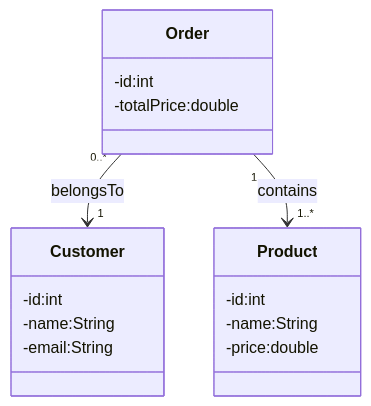
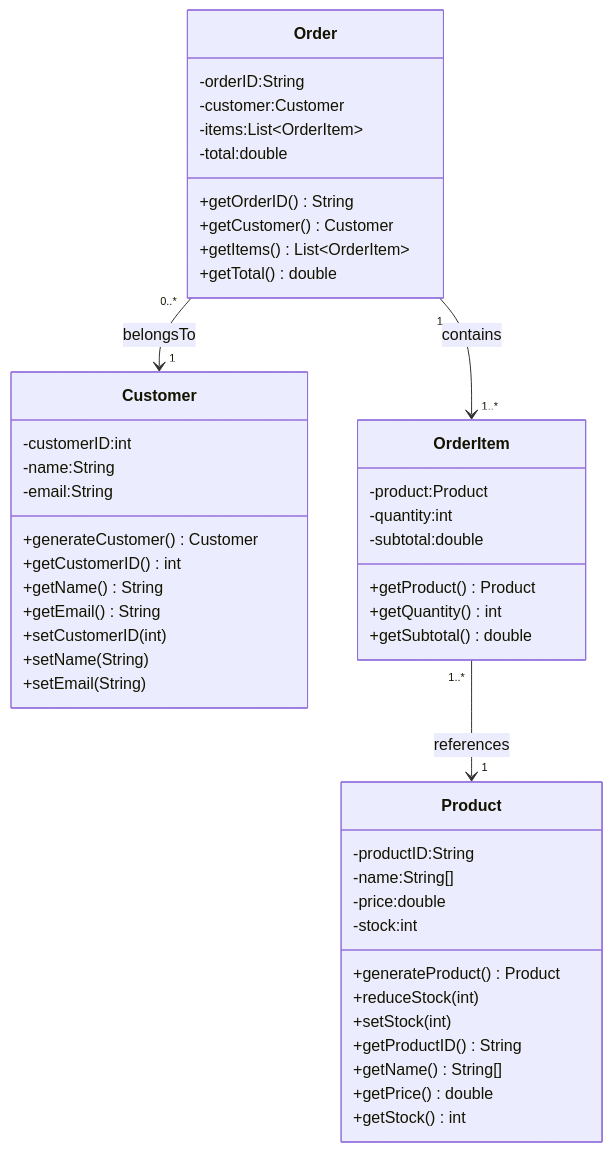
One commit to deccalum/Algo_Solver changed the diagram in README.md. Above: the diagram before and after it, drawn with Mermaid. The commit also changed 3 other files, not shown here.

````diff
--- a/README.md
+++ b/README.md
@@ -1,23 +1,54 @@
 ```mermaid
 classDiagram
     class Customer {
-        -id:int
+        -customerID:int
         -name:String
         -email:String
+        +generateCustomer() Customer
+        +getCustomerID() int
+        +getName() String
+        +getEmail() String
+        +setCustomerID(int)
+        +setName(String)
+        +setEmail(String)
     }
 
     class Product {
-        -id:int
-        -name:String
+        -productID:String
+        -name:String[]
         -price:double
+        -stock:int
+        +generateProduct() Product
+        +reduceStock(int)
+        +setStock(int)
+        +getProductID() String
+        +getName() String[]
+        +getPrice() double
+        +getStock() int
     }
 
     class Order {
-        -id:int
-        -totalPrice:double
+        -orderID:String
+        -customer:Customer
+        -items:List~OrderItem~
+        -total:double
+        +getOrderID() String
+        +getCustomer() Customer
+        +getItems() List~OrderItem~
+        +getTotal() double
+    }
+    
+    class OrderItem {
+        -product:Product
+        -quantity:int
+        -subtotal:double
+        +getProduct() Product
+        +getQuantity() int
+        +getSubtotal() double
     }
 
     Order "0..*" --> "1" Customer : belongsTo
-    Order "1" --> "1..*" Product : contains
+    Order "1" --> "1..*" OrderItem : contains
+    OrderItem "1..*" --> "1" Product : references
 
 ```
````
